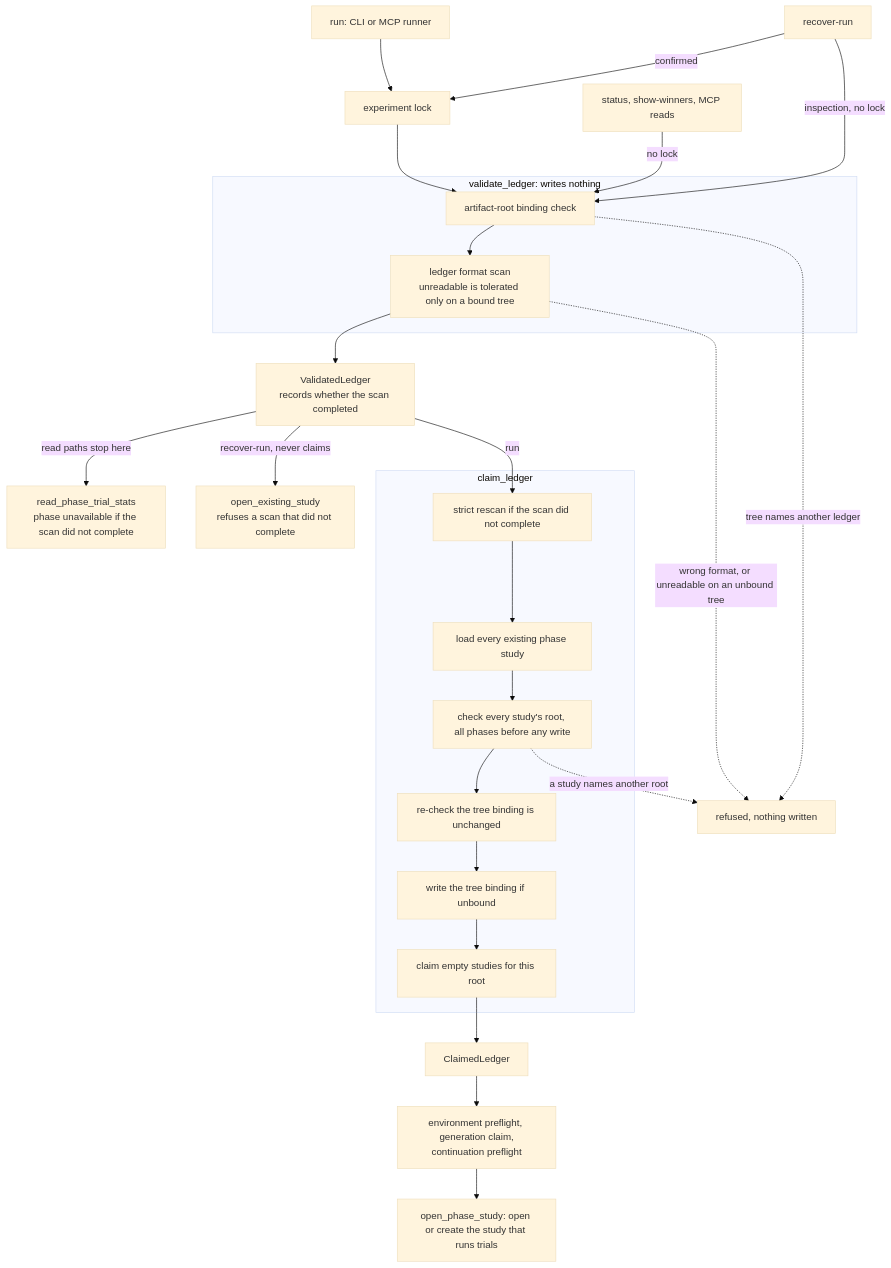
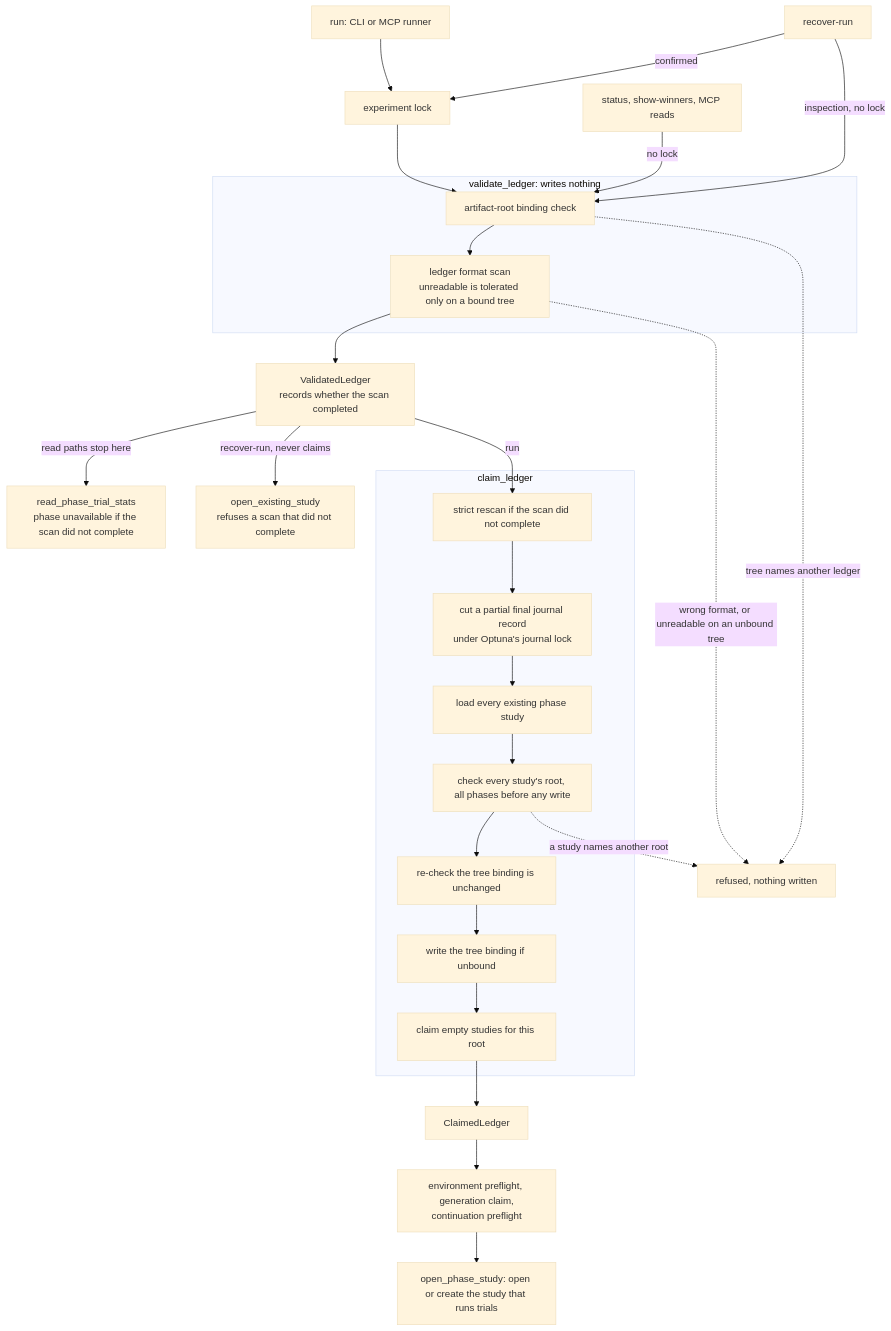
The diagram in docs/invariants.md (pszemraj/phasesweep), drawn with Mermaid (base theme) before and after one commit. The commit also changed other lines of this file and 10 other files, not shown here.

First line of the commit message:
feat: repair an incomplete final journal record under Optuna's journal lock

````diff
--- a/docs/invariants.md
+++ b/docs/invariants.md
@@ -52,28 +53,29 @@
 ```mermaid
 flowchart TD
     run["run: CLI or MCP runner"] --> lock["experiment lock"]
     recover["recover-run"] -->|"confirmed"| lock
     recover -->|"inspection, no lock"| check
     reads["status, show-winners, MCP reads"] -->|"no lock"| check
     lock --> check
     subgraph validate["validate_ledger: writes nothing"]
         check["artifact-root binding check"] --> scan["ledger format scan<br/>unreadable is tolerated only on a bound tree"]
     end
     scan --> handle["ValidatedLedger<br/>records whether the scan completed"]
     handle -->|"read paths stop here"| ro["read_phase_trial_stats<br/>phase unavailable if the scan did not complete"]
     handle -->|"recover-run, never claims"| existing["open_existing_study<br/>refuses a scan that did not complete"]
     handle -->|"run"| rescan
     subgraph claim["claim_ledger"]
-        rescan["strict rescan if the scan did not complete"] --> discover["load every existing phase study"]
+        rescan["strict rescan if the scan did not complete"] --> repair["cut a partial final journal record<br/>under Optuna's journal lock"]
+        repair --> discover["load every existing phase study"]
         discover --> roots["check every study's root, all phases before any write"]
         roots --> recheck["re-check the tree binding is unchanged"]
         recheck --> bind["write the tree binding if unbound"]
         bind --> claimst["claim empty studies for this root"]
     end
     claimst --> claimed["ClaimedLedger"]
     claimed --> pre["environment preflight, generation claim,<br/>continuation preflight"]
     pre --> open["open_phase_study: open or create the study that runs trials"]
     check -.->|"tree names another ledger"| refused["refused, nothing written"]
     scan -.->|"wrong format, or unreadable on an unbound tree"| refused
     roots -.->|"a study names another root"| refused
 ```
````
